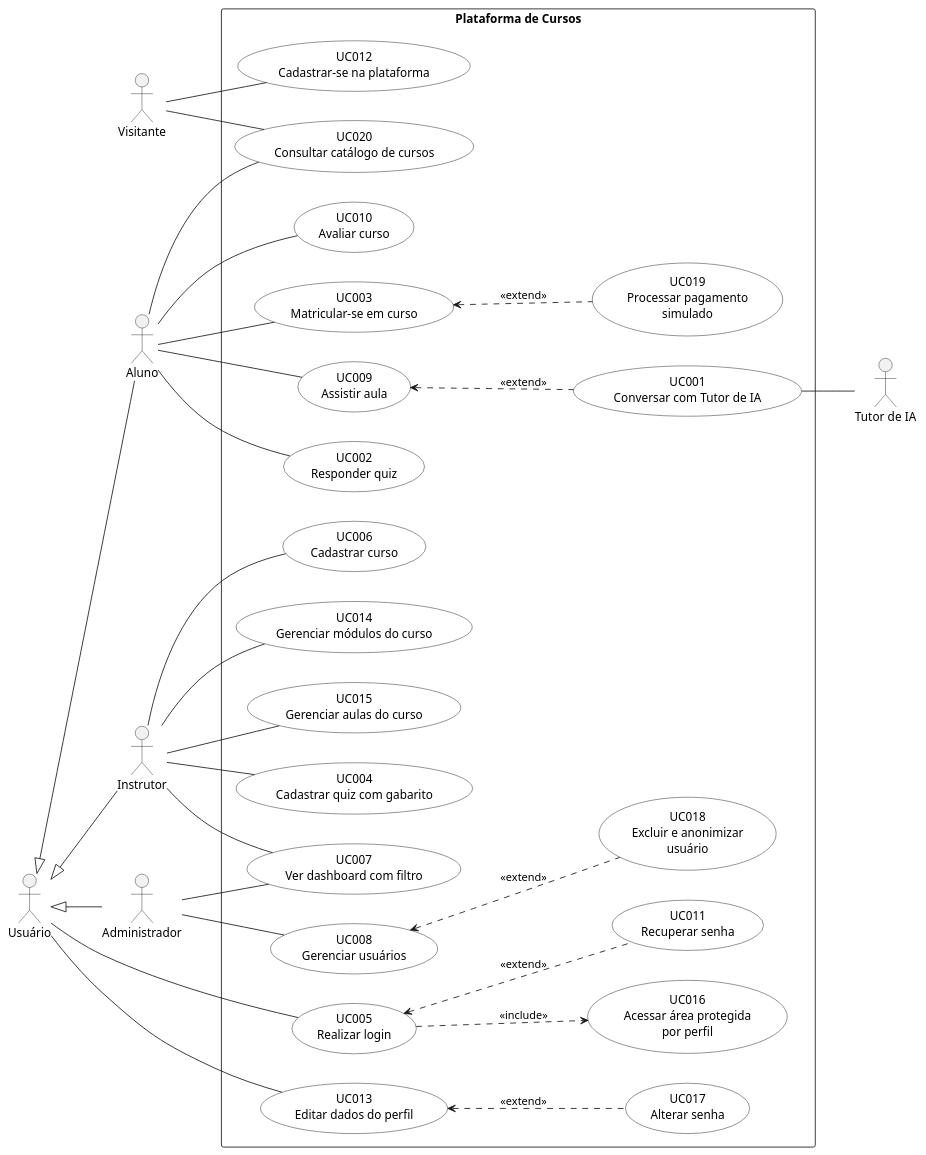
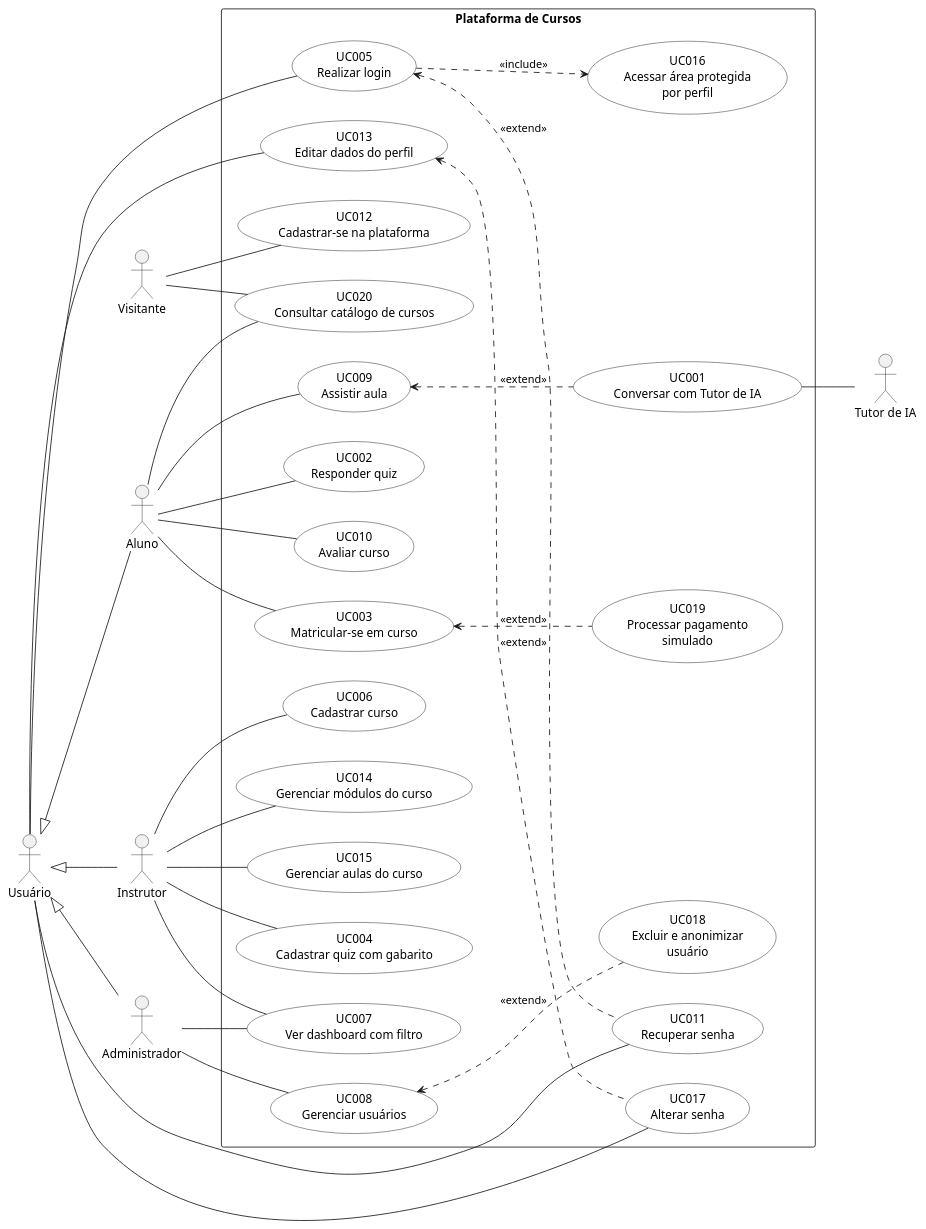
Before and after one commit to Plataforma-de-Cursos-TCC/plataforma-cursos-docs: the diagram in especificacao/diagramas/09-casos-de-uso.puml, drawn with PlantUML. The commit also changed 17 other files, not shown here.

```diff
--- a/especificacao/diagramas/09-casos-de-uso.puml
+++ b/especificacao/diagramas/09-casos-de-uso.puml
@@ -5,69 +5,71 @@
 @startuml 09-casos-de-uso
 left to right direction
 skinparam shadowing false
 skinparam defaultFontName Arial
 skinparam usecase {
   BackgroundColor white
   BorderColor black
 }
 skinparam actorStyle stickman
 
 actor Visitante as VIS
 actor "Usuário" as USU
 actor Aluno as ALU
 actor Instrutor as INS
 actor Administrador as ADM
 actor "Tutor de IA" as TUT
 
 USU <|-- ALU
 USU <|-- INS
 USU <|-- ADM
 
 rectangle "Plataforma de Cursos" {
   usecase "UC012\nCadastrar-se na plataforma" as UC012
   usecase "UC005\nRealizar login" as UC005
   usecase "UC011\nRecuperar senha" as UC011
   usecase "UC016\nAcessar área protegida\npor perfil" as UC016
   usecase "UC013\nEditar dados do perfil" as UC013
   usecase "UC017\nAlterar senha" as UC017
   usecase "UC003\nMatricular-se em curso" as UC003
   usecase "UC020\nConsultar catálogo de cursos" as UC020
   usecase "UC019\nProcessar pagamento\nsimulado" as UC019
   usecase "UC009\nAssistir aula" as UC009
   usecase "UC001\nConversar com Tutor de IA" as UC001
   usecase "UC002\nResponder quiz" as UC002
   usecase "UC010\nAvaliar curso" as UC010
   usecase "UC006\nCadastrar curso" as UC006
   usecase "UC014\nGerenciar módulos do curso" as UC014
   usecase "UC015\nGerenciar aulas do curso" as UC015
   usecase "UC004\nCadastrar quiz com gabarito" as UC004
   usecase "UC007\nVer dashboard com filtro" as UC007
   usecase "UC008\nGerenciar usuários" as UC008
   usecase "UC018\nExcluir e anonimizar\nusuário" as UC018
 }
 
 VIS -- UC012
 VIS -- UC020
 USU -- UC005
+USU -- UC011
 USU -- UC013
+USU -- UC017
 ALU -- UC003
 ALU -- UC020
 ALU -- UC009
 ALU -- UC002
 ALU -- UC010
 INS -- UC006
 INS -- UC014
 INS -- UC015
 INS -- UC004
 INS -- UC007
 ADM -- UC007
 ADM -- UC008
 UC001 -- TUT
 
 UC005 ..> UC016 : <<include>>
 UC005 <.. UC011 : <<extend>>
 UC009 <.. UC001 : <<extend>>
 UC013 <.. UC017 : <<extend>>
 UC003 <.. UC019 : <<extend>>
 UC008 <.. UC018 : <<extend>>
 @enduml
```
